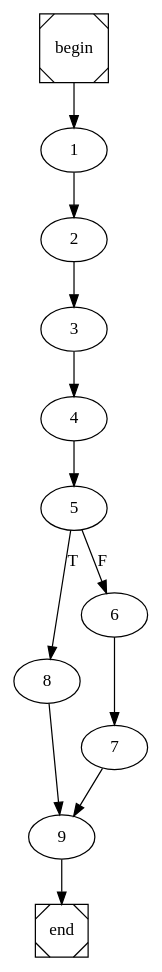
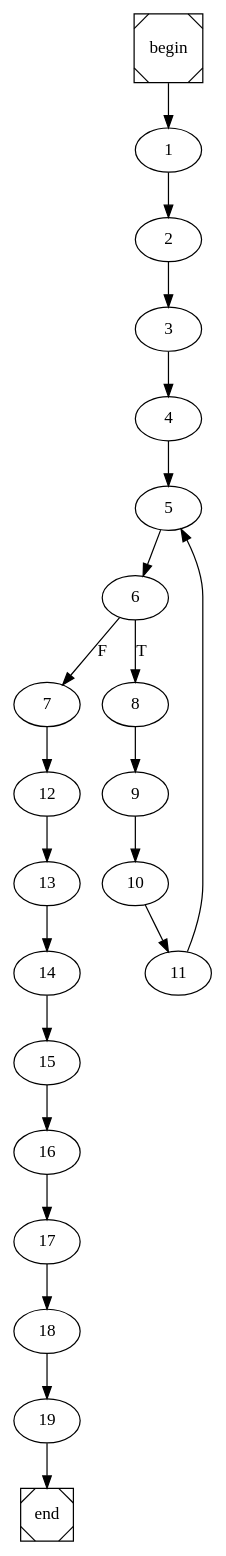
Before and after one commit to arubenruben/JMM-Compiler: the diagram in main.dot, drawn with Graphviz. The commit also changed 7 other files, not shown here.

```diff
--- a/main.dot
+++ b/main.dot
@@ -1,4 +1,4 @@
 digraph cfg {
 	begin [shape=Msquare];
 	end [shape=Msquare];
-	begin -> 1;	1 -> 2;	2 -> 3;	3 -> 4;	4 -> 5;	5 -> 8[label=T];	5 -> 6[label=F];	6 -> 7;	7 -> 9;	8 -> 9;	9 -> end;}
+	begin -> 1;	1 -> 2;	2 -> 3;	3 -> 4;	4 -> 5;	5 -> 6;	6 -> 8[label=T];	6 -> 7[label=F];	7 -> 12;	8 -> 9;	9 -> 10;	10 -> 11;	11 -> 5;	12 -> 13;	13 -> 14;	14 -> 15;	15 -> 16;	16 -> 17;	17 -> 18;	18 -> 19;	19 -> end;}
```
